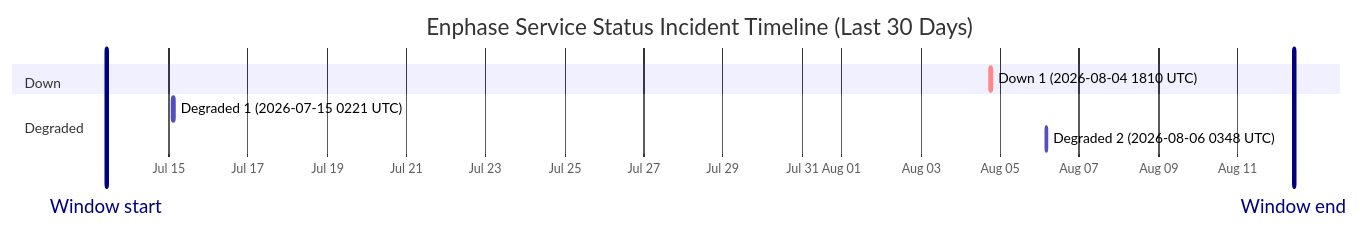
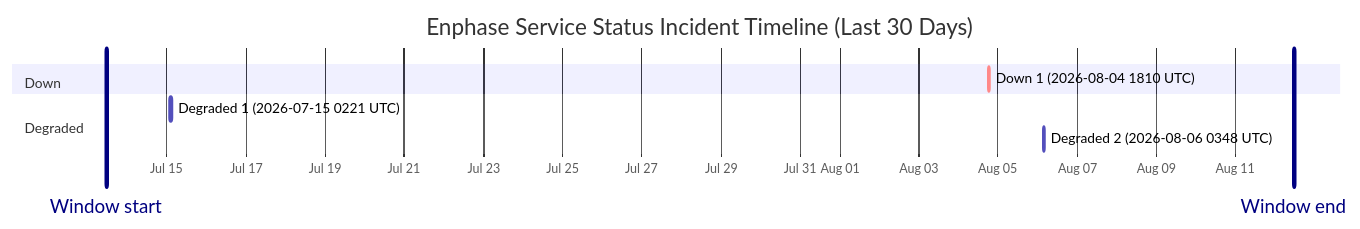
The diagram in wiki/Service-Status-History.md (barneyonline/ha-enphase-energy), drawn with Mermaid before and after one commit. The commit also changed other lines of this file and 3 other files, not shown here.

````diff
--- a/wiki/Service-Status-History.md
+++ b/wiki/Service-Status-History.md
@@ -14,13 +14,13 @@
 ```mermaid
 gantt
     title Enphase Service Status Incident Timeline (Last 30 Days)
     dateFormat  YYYY-MM-DDTHH:mm:ss
     axisFormat  %b %d
-    Window start :vert, window-start, 2026-07-13T10:01:53, 0ms
-    Window end :vert, window-end, 2026-08-12T10:01:53, 0ms
+    Window start :vert, window-start, 2026-07-13T11:20:40, 0ms
+    Window end :vert, window-end, 2026-08-12T11:20:40, 0ms
     section Down
     Down 1 (2026-08-04 1810 UTC) :crit, down-1, 2026-08-04T18:10:46, 60m
     section Degraded
     Degraded 1 (2026-07-15 0221 UTC) :active, degraded-1, 2026-07-15T02:21:35, 60m
     Degraded 2 (2026-08-06 0348 UTC) :active, degraded-2, 2026-08-06T03:48:14, 60m
 ```
````
